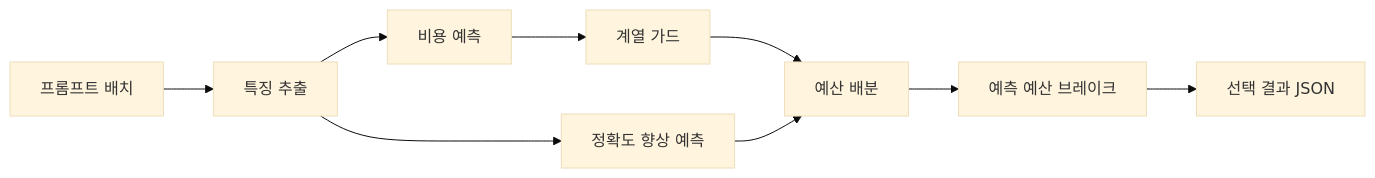
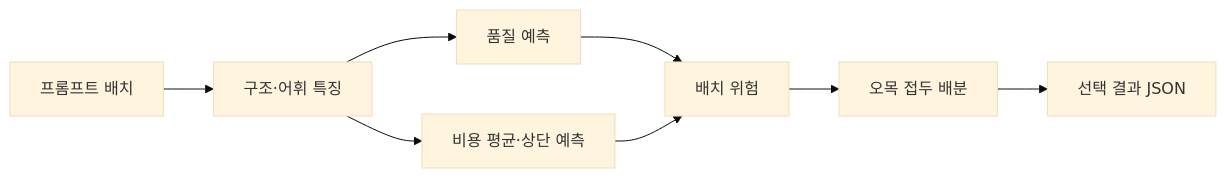
The diagram in docs/architecture.md (Hooneybadger/Scrooge-Router), drawn with Mermaid (base theme) before and after one commit. The commit also changed other lines of this file and 18 other files, not shown here.

````diff
--- a/docs/architecture.md
+++ b/docs/architecture.md
@@ -14,11 +14,10 @@
 ```mermaid
 flowchart LR
-    A[프롬프트 배치] --> B[특징 추출]
-    B --> C[비용 예측]
-    B --> D[정확도 향상 예측]
-    C --> E[계열 가드]
-    E --> F[예산 배분]
-    D --> F
-    F --> H[예측 예산 브레이크]
-    H --> G[선택 결과 JSON]
+    A[프롬프트 배치] --> B[구조·어휘 특징]
+    B --> C[품질 예측]
+    B --> D[비용 평균·상단 예측]
+    C --> E[배치 위험]
+    D --> E
+    E --> F[오목 접두 배분]
+    F --> G[선택 결과 JSON]
 ```
````
